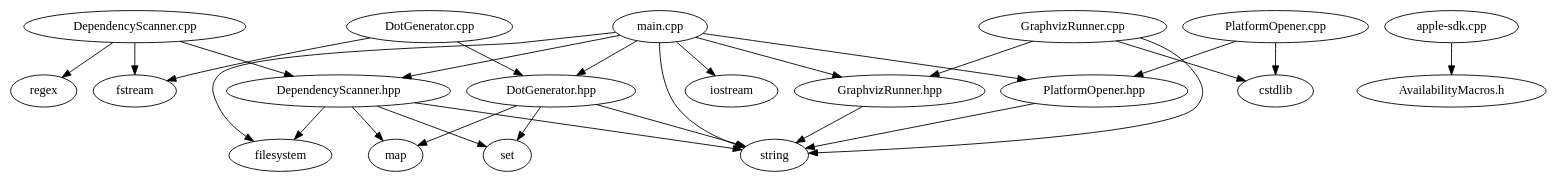
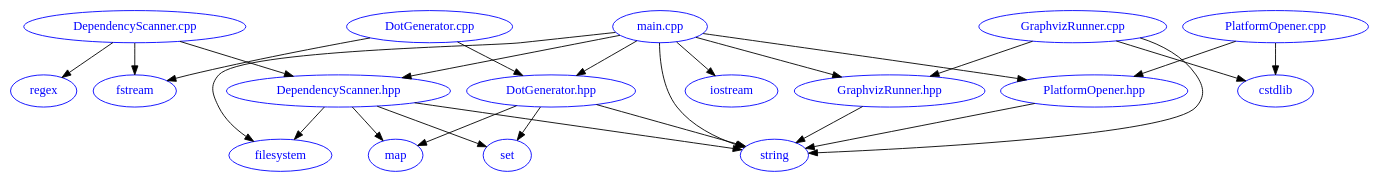
The diagram in dependencies.dot (AlexandraKemperMS/DependencyVisualizer), drawn with Graphviz before and after one commit. The commit also changed 58 other files, not shown here.

Commit message:
Initial analysis: Blue node styling already implemented

```diff
--- a/dependencies.dot
+++ b/dependencies.dot
@@ -1,29 +1,29 @@
 digraph dependencies {
+  node [color=blue, fontcolor=blue];
   "DependencyScanner.cpp" -> "DependencyScanner.hpp";
   "DependencyScanner.cpp" -> "fstream";
   "DependencyScanner.cpp" -> "regex";
   "DependencyScanner.hpp" -> "filesystem";
   "DependencyScanner.hpp" -> "map";
   "DependencyScanner.hpp" -> "set";
   "DependencyScanner.hpp" -> "string";
   "DotGenerator.cpp" -> "DotGenerator.hpp";
   "DotGenerator.cpp" -> "fstream";
   "DotGenerator.hpp" -> "map";
   "DotGenerator.hpp" -> "set";
   "DotGenerator.hpp" -> "string";
   "GraphvizRunner.cpp" -> "GraphvizRunner.hpp";
   "GraphvizRunner.cpp" -> "cstdlib";
   "GraphvizRunner.cpp" -> "string";
   "GraphvizRunner.hpp" -> "string";
   "PlatformOpener.cpp" -> "PlatformOpener.hpp";
   "PlatformOpener.cpp" -> "cstdlib";
   "PlatformOpener.hpp" -> "string";
-  "apple-sdk.cpp" -> "AvailabilityMacros.h";
   "main.cpp" -> "DependencyScanner.hpp";
   "main.cpp" -> "DotGenerator.hpp";
   "main.cpp" -> "GraphvizRunner.hpp";
   "main.cpp" -> "PlatformOpener.hpp";
   "main.cpp" -> "filesystem";
   "main.cpp" -> "iostream";
   "main.cpp" -> "string";
 }
```
